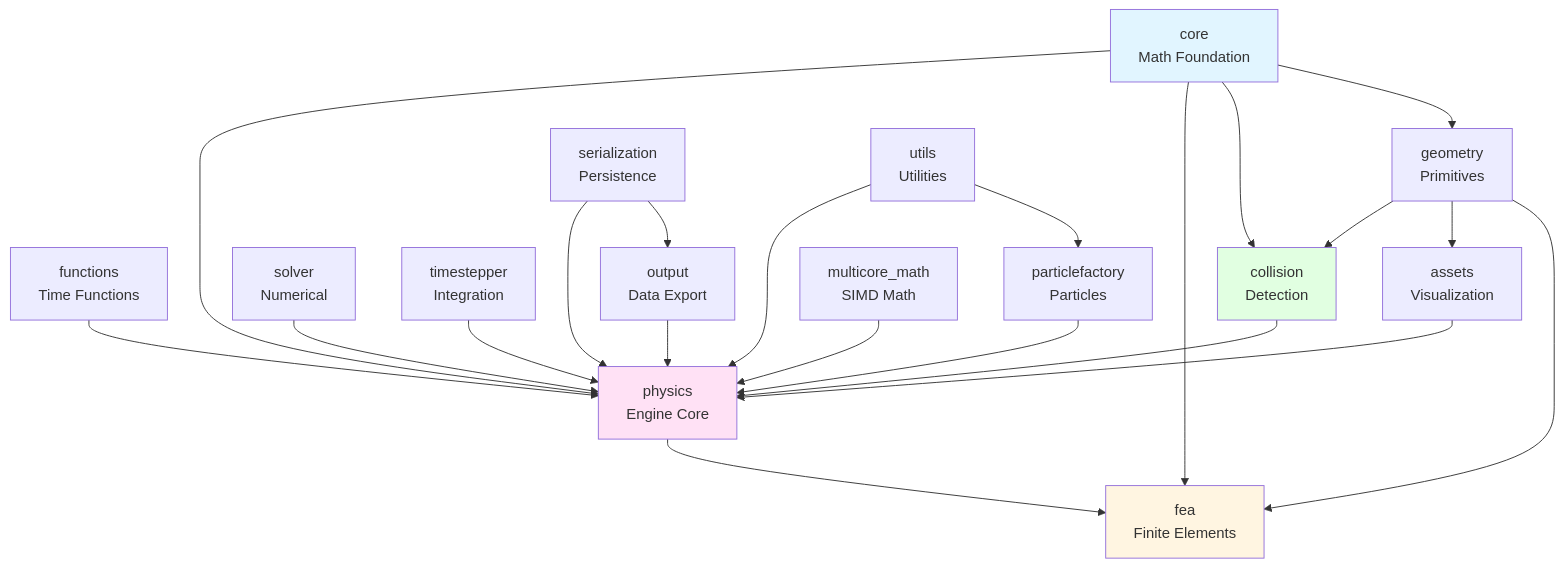
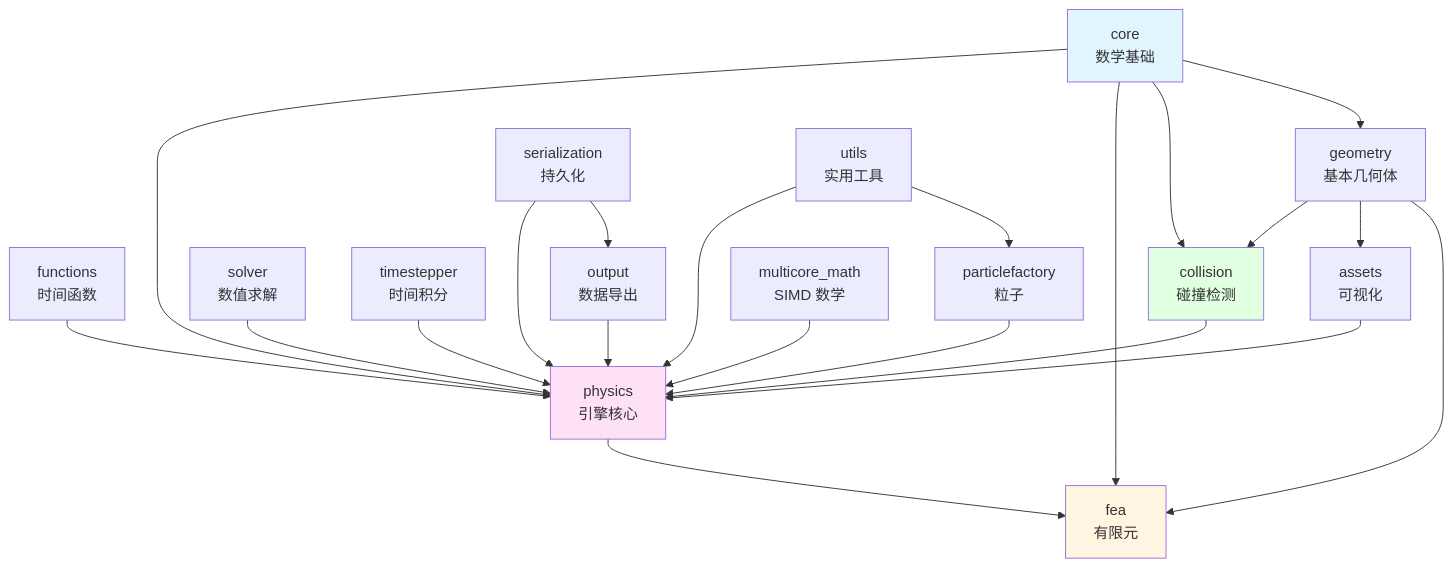
One commit to fancifulland2718/chrono changed the diagram in readings/folder-analysis-index.md. Above: the diagram before and after it, drawn with Mermaid. The commit also changed other lines of this file, not shown here.

````diff
--- a/readings/folder-analysis-index.md
+++ b/readings/folder-analysis-index.md
@@ -162,54 +162,54 @@
 ```mermaid
 graph TB
-    CORE[core<br/>Math Foundation]
-    GEOM[geometry<br/>Primitives]
-    FUNC[functions<br/>Time Functions]
-    SER[serialization<br/>Persistence]
+    CORE[core<br/>数学基础]
+    GEOM[geometry<br/>基本几何体]
+    FUNC[functions<br/>时间函数]
+    SER[serialization<br/>持久化]
     
-    COLL[collision<br/>Detection]
-    SOLV[solver<br/>Numerical]
-    TIME[timestepper<br/>Integration]
+    COLL[collision<br/>碰撞检测]
+    SOLV[solver<br/>数值求解]
+    TIME[timestepper<br/>时间积分]
     
-    PHYS[physics<br/>Engine Core]
-    FEA[fea<br/>Finite Elements]
+    PHYS[physics<br/>引擎核心]
+    FEA[fea<br/>有限元]
     
-    ASSET[assets<br/>Visualization]
-    OUT[output<br/>Data Export]
-    UTILS[utils<br/>Utilities]
-    PFAC[particlefactory<br/>Particles]
-    MMath[multicore_math<br/>SIMD Math]
+    ASSET[assets<br/>可视化]
+    OUT[output<br/>数据导出]
+    UTILS[utils<br/>实用工具]
+    PFAC[particlefactory<br/>粒子]
+    MMath[multicore_math<br/>SIMD 数学]
     
     CORE --> PHYS
     CORE --> FEA
     CORE --> COLL
     CORE --> GEOM
     
     GEOM --> COLL
     GEOM --> ASSET
     GEOM --> FEA
     
     FUNC --> PHYS
     
     COLL --> PHYS
     SOLV --> PHYS
     TIME --> PHYS
     
     PHYS --> FEA
     
     SER --> PHYS
     SER --> OUT
     
     UTILS --> PHYS
     UTILS --> PFAC
     
     PFAC --> PHYS
     MMath --> PHYS
     
     ASSET --> PHYS
     OUT --> PHYS
     
     style CORE fill:#e1f5ff
     style PHYS fill:#ffe1f5
     style FEA fill:#fff5e1
     style COLL fill:#e1ffe1
 ```
````
